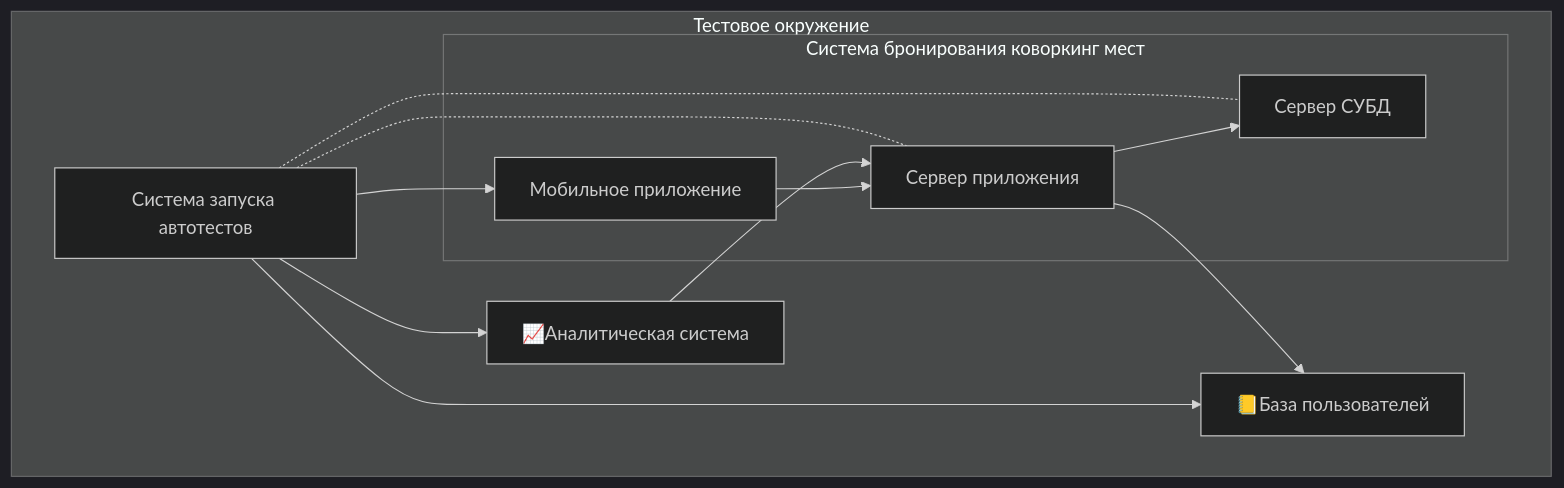
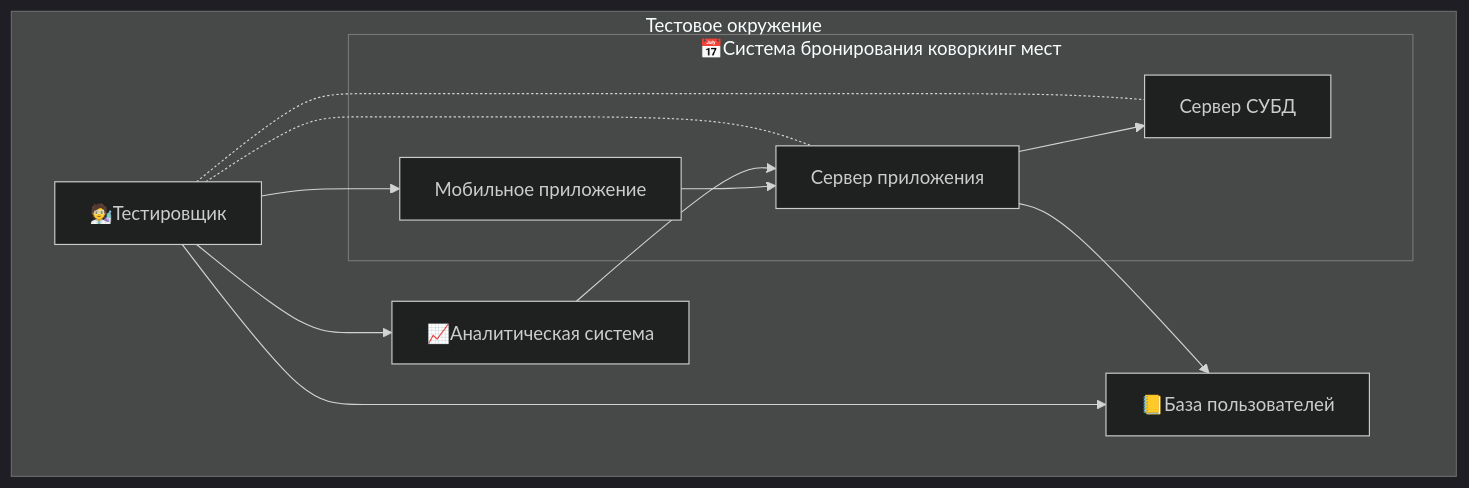
The third of 15 diagrams in pres.md (shiriev/unit-test-presentation), drawn with Mermaid (dark theme) before and after one commit. The commit also changed other lines of this file and 2 other files, not shown here.

````diff
--- a/pres.md
+++ b/pres.md
@@ -138,23 +160,23 @@
 ```mermaid
 flowchart TB
     subgraph test_env[Тестовое окружение]
         direction LR
-        qa[Система запуска автотестов]
+        qa[🧑‍🔬Тестировщик]
         account_system_test[📈Аналитическая система]
         user_base_test[📒База пользователей]
         qa --> ui_test
         qa -..- backend_test
         qa -..- database_test
         qa --> account_system_test
         qa --> user_base_test
         account_system_test --> backend_test
         backend_test --> user_base_test
-        subgraph br_system_test[Система бронирования коворкинг мест]
+        subgraph br_system_test[📅Система бронирования коворкинг мест]
             ui_test[Мобильное приложение]
             database_test[Сервер СУБД]
             backend_test[Сервер приложения]
             ui_test --> backend_test
             backend_test --> database_test
         end
     end
 ```
````
